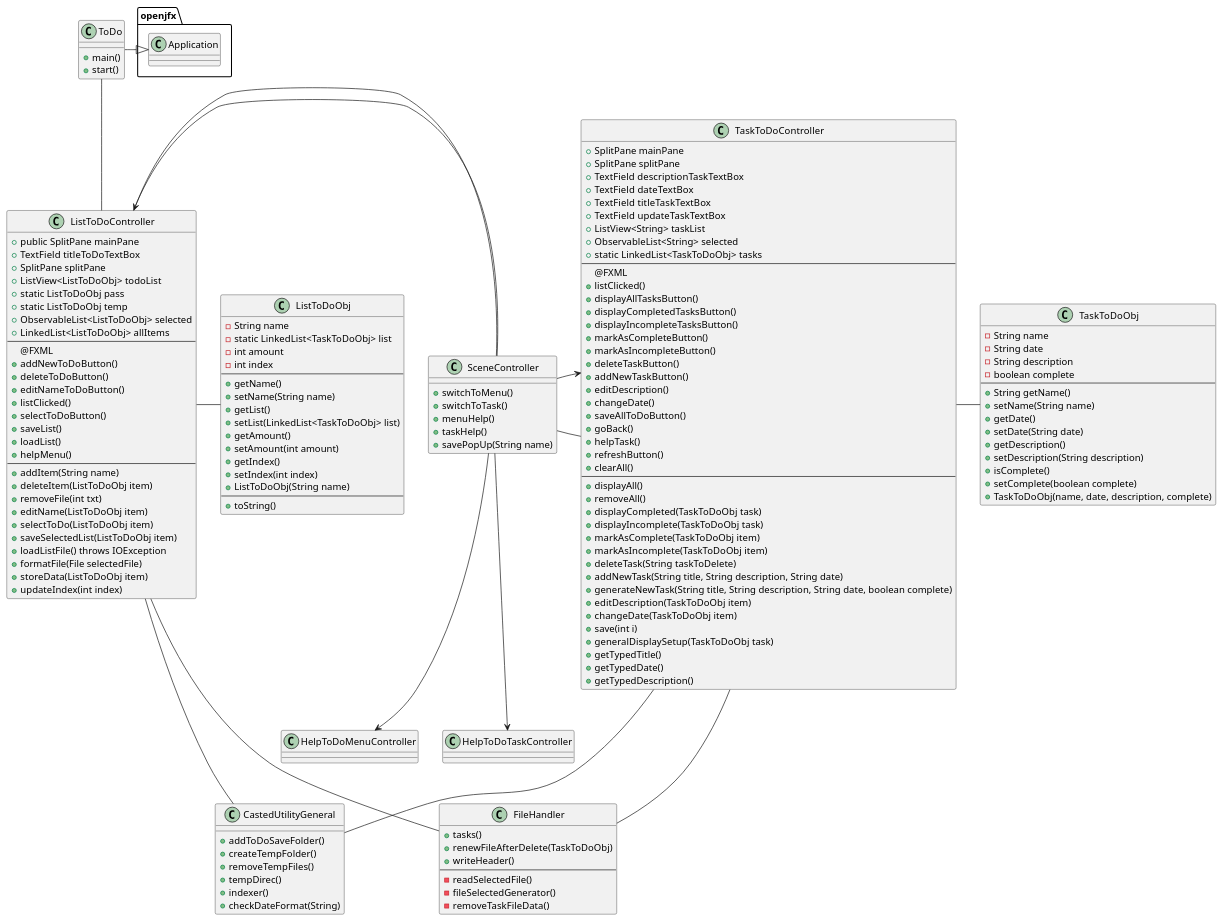
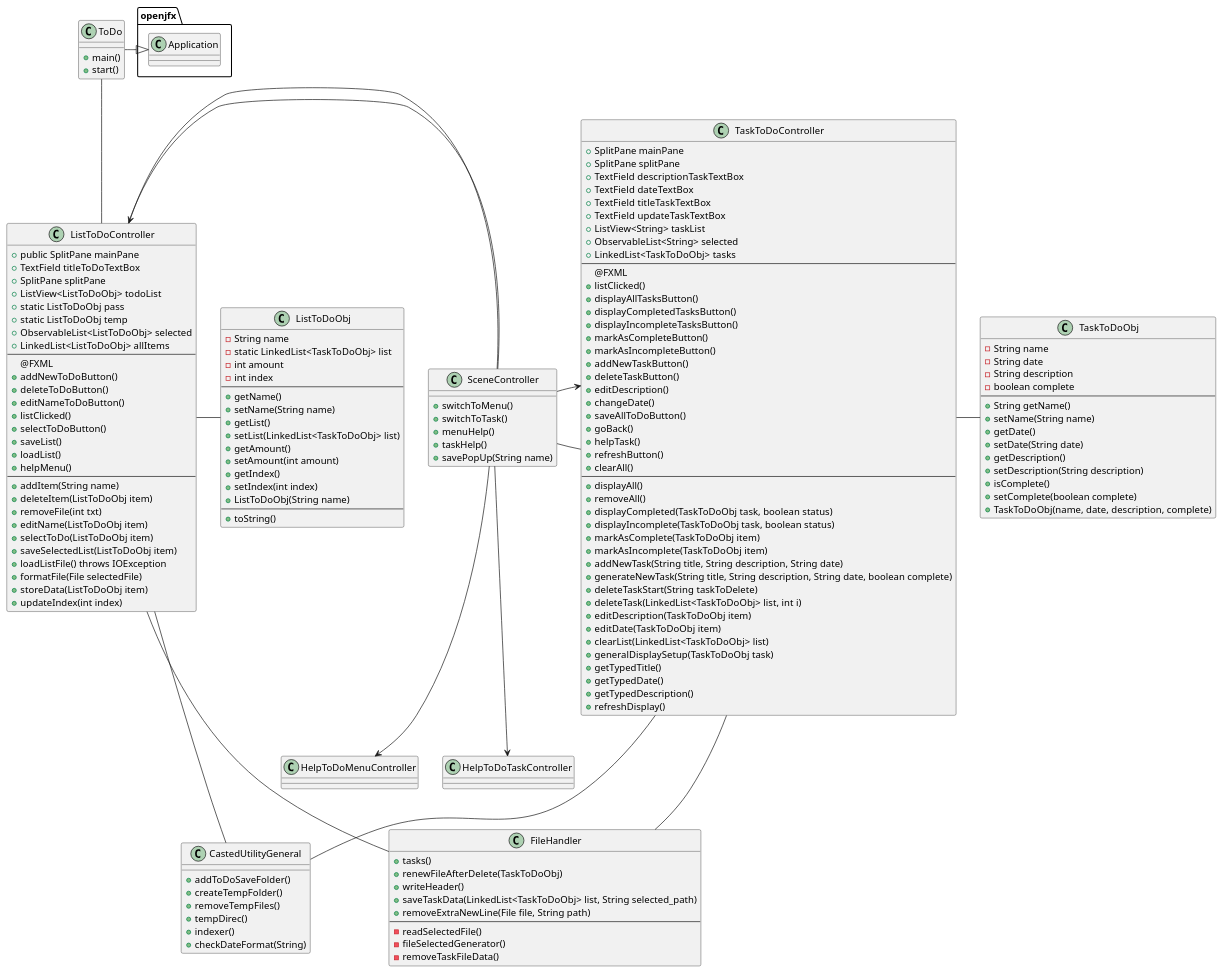
Before and after one commit to dark-r00t/OOP_TODO_GUI: the diagram in uml/ToDoPUML.puml, drawn with PlantUML. The commit also changed 5 other files, not shown here.

```diff
--- a/uml/ToDoPUML.puml
+++ b/uml/ToDoPUML.puml
@@ -1,174 +1,178 @@
 @startuml
 
 class ToDo {
     + main()
     + start()
 }
 
 class CastedUtilityGeneral {
     + addToDoSaveFolder()
     + createTempFolder()
     + removeTempFiles()
     + tempDirec()
     + indexer()
     + checkDateFormat(String)
 }
 
 class FileHandler {
     + tasks()
     + renewFileAfterDelete(TaskToDoObj)
     + writeHeader()
+    + saveTaskData(LinkedList<TaskToDoObj> list, String selected_path)
+    + removeExtraNewLine(File file, String path)
     --
     - readSelectedFile()
     - fileSelectedGenerator()
     - removeTaskFileData()
 }
 
 class HelpToDoMenuController {
 }
 
 class HelpToDoTaskController {
 }
 
 class ListToDoController {
     + public SplitPane mainPane
     + TextField titleToDoTextBox
     + SplitPane splitPane
     + ListView<ListToDoObj> todoList
     + static ListToDoObj pass
     + static ListToDoObj temp
     + ObservableList<ListToDoObj> selected
     + LinkedList<ListToDoObj> allItems
     --
     @FXML
     + addNewToDoButton()
     + deleteToDoButton()
     + editNameToDoButton()
     + listClicked()
     + selectToDoButton()
     + saveList()
     + loadList()
     + helpMenu()
     --
     + addItem(String name)
     + deleteItem(ListToDoObj item)
     + removeFile(int txt)
     + editName(ListToDoObj item)
     + selectToDo(ListToDoObj item)
     + saveSelectedList(ListToDoObj item)
     + loadListFile() throws IOException
     + formatFile(File selectedFile)
     + storeData(ListToDoObj item)
     + updateIndex(int index)
 }
 
 class ListToDoObj {
     - String name
     - static LinkedList<TaskToDoObj> list
     - int amount
     - int index
     --
     + getName()
     + setName(String name)
     + getList()
     + setList(LinkedList<TaskToDoObj> list)
     + getAmount()
     + setAmount(int amount)
     + getIndex()
     + setIndex(int index)
     + ListToDoObj(String name)
     --
     + toString()
 }
 
 class SceneController {
     + switchToMenu()
     + switchToTask()
     + menuHelp()
     + taskHelp()
     + savePopUp(String name)
 }
 
 class TaskToDoController {
     + SplitPane mainPane
     + SplitPane splitPane
     + TextField descriptionTaskTextBox
     + TextField dateTextBox
     + TextField titleTaskTextBox
     + TextField updateTaskTextBox
     + ListView<String> taskList
     + ObservableList<String> selected
-    + static LinkedList<TaskToDoObj> tasks
+    + LinkedList<TaskToDoObj> tasks
     --
     @FXML
     + listClicked()
     + displayAllTasksButton()
     + displayCompletedTasksButton()
     + displayIncompleteTasksButton()
     + markAsCompleteButton()
     + markAsIncompleteButton()
+    + addNewTaskButton()
     + deleteTaskButton()
-    + addNewTaskButton()
     + editDescription()
     + changeDate()
     + saveAllToDoButton()
     + goBack()
     + helpTask()
     + refreshButton()
     + clearAll()
     --
     + displayAll()
     + removeAll()
-    + displayCompleted(TaskToDoObj task)
-    + displayIncomplete(TaskToDoObj task)
+    + displayCompleted(TaskToDoObj task, boolean status)
+    + displayIncomplete(TaskToDoObj task, boolean status)
     + markAsComplete(TaskToDoObj item)
     + markAsIncomplete(TaskToDoObj item)
-    + deleteTask(String taskToDelete)
     + addNewTask(String title, String description, String date)
     + generateNewTask(String title, String description, String date, boolean complete)
+    + deleteTaskStart(String taskToDelete)
+    + deleteTask(LinkedList<TaskToDoObj> list, int i)
     + editDescription(TaskToDoObj item)
-    + changeDate(TaskToDoObj item)
-    + save(int i)
+    + editDate(TaskToDoObj item)
+    + clearList(LinkedList<TaskToDoObj> list)
     + generalDisplaySetup(TaskToDoObj task)
     + getTypedTitle()
     + getTypedDate()
     + getTypedDescription()
+    + refreshDisplay()
 }
 
 class TaskToDoObj {
     - String name
     - String date
     - String description
     - boolean complete
     --
     + String getName()
     + setName(String name)
     + getDate()
     + setDate(String date)
     + getDescription()
     + setDescription(String description)
     + isComplete()
     + setComplete(boolean complete)
     + TaskToDoObj(name, date, description, complete)
 }
 
 ToDo -|> openjfx.Application
 
 ToDo -- ListToDoController
 ListToDoController --- FileHandler
 ListToDoController --- CastedUtilityGeneral
 ListToDoController - ListToDoObj
 
 TaskToDoController --- FileHandler
 TaskToDoController --- CastedUtilityGeneral
 TaskToDoController - TaskToDoObj
 
 ListToDoController - SceneController
 TaskToDoController - SceneController
 
 SceneController --> ListToDoController
 SceneController --> TaskToDoController
 SceneController --> HelpToDoMenuController
 SceneController --> HelpToDoTaskController
 
 @enduml
```
